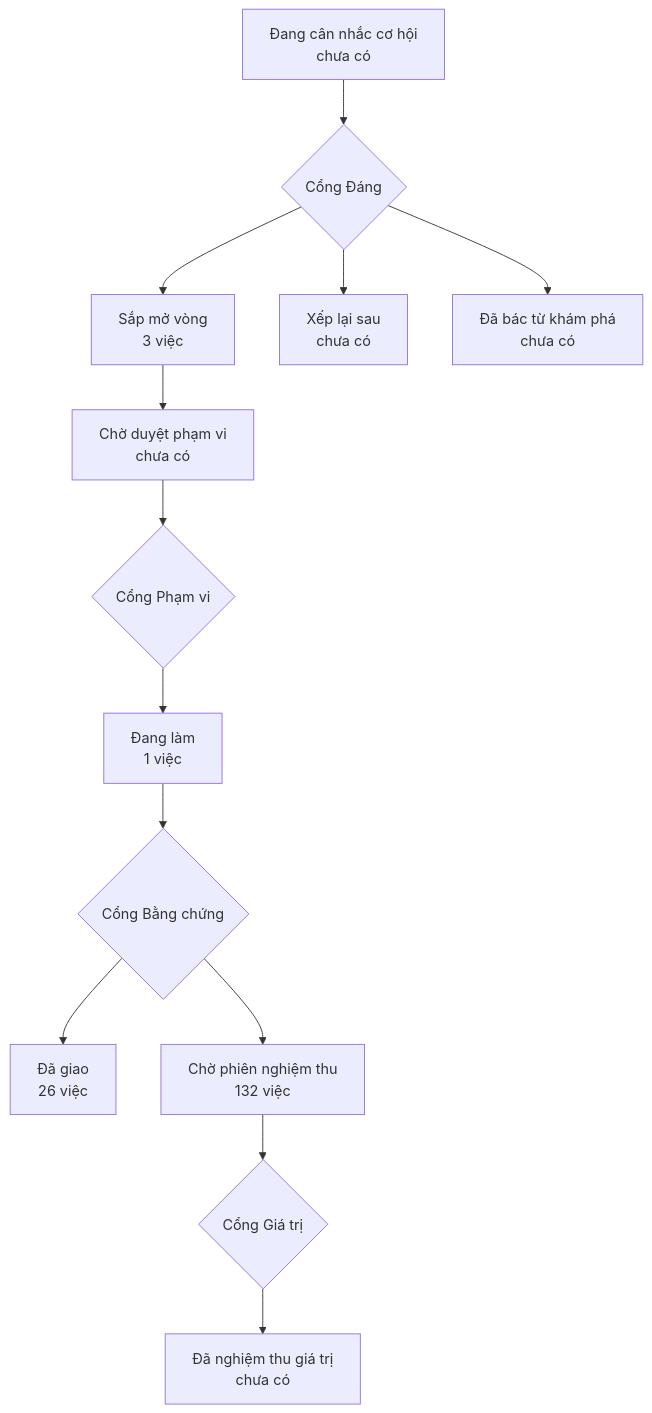
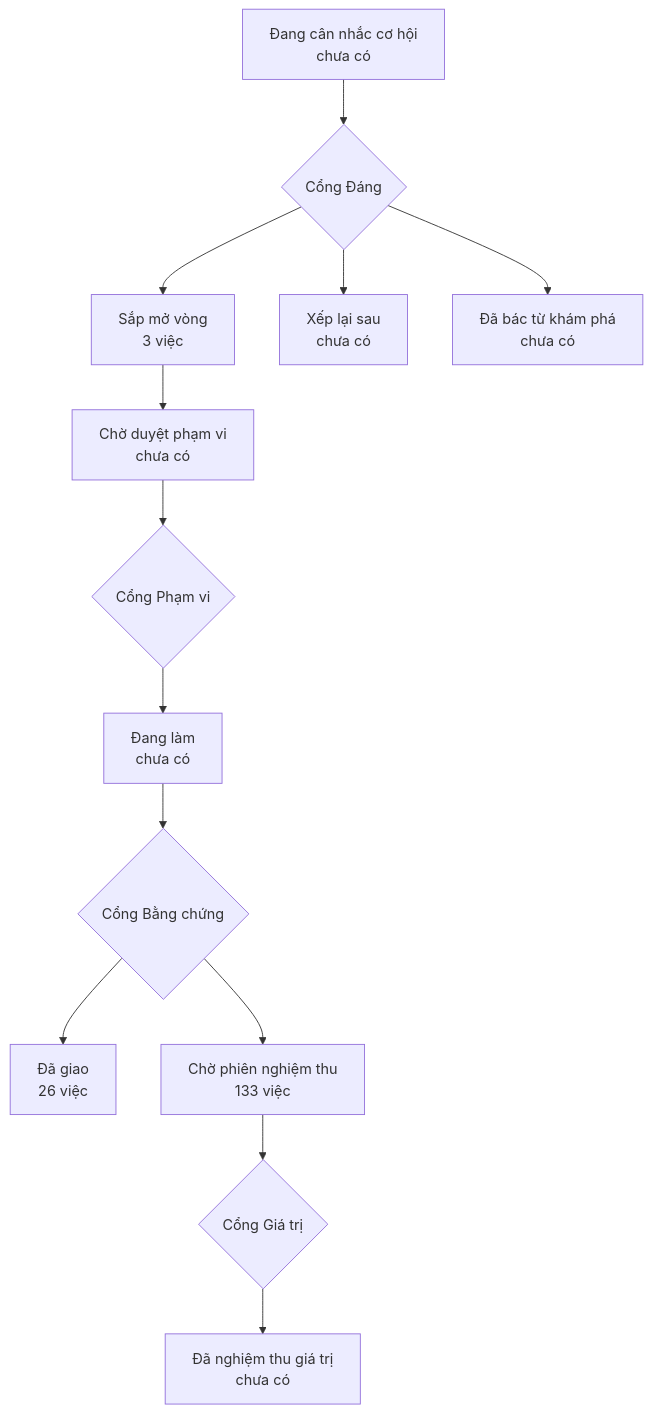
One commit to phanlemanh/onehub-quy-hang changed the diagram in PRODUCT-MAP.md. Above: the diagram before and after it, drawn with Mermaid. The commit also changed other lines of this file and 4 other files, not shown here.

````diff
--- a/PRODUCT-MAP.md
+++ b/PRODUCT-MAP.md
@@ -7,12 +7,12 @@
 ```mermaid
 flowchart TD
   A["Đang cân nhắc cơ hội<br/>chưa có"] --> GD{"Cổng Đáng"}
   GD --> B["Sắp mở vòng<br/>3 việc"]
   GD --> XL["Xếp lại sau<br/>chưa có"]
   GD --> DB["Đã bác từ khám phá<br/>chưa có"]
   B --> CD["Chờ duyệt phạm vi<br/>chưa có"] --> GP{"Cổng Phạm vi"}
-  GP --> DL["Đang làm<br/>1 việc"] --> GB{"Cổng Bằng chứng"}
+  GP --> DL["Đang làm<br/>chưa có"] --> GB{"Cổng Bằng chứng"}
   GB --> DG["Đã giao<br/>26 việc"]
-  GB --> CN["Chờ phiên nghiệm thu<br/>132 việc"] --> GG{"Cổng Giá trị"}
+  GB --> CN["Chờ phiên nghiệm thu<br/>133 việc"] --> GG{"Cổng Giá trị"}
   GG --> NT["Đã nghiệm thu giá trị<br/>chưa có"]
 ```
````
